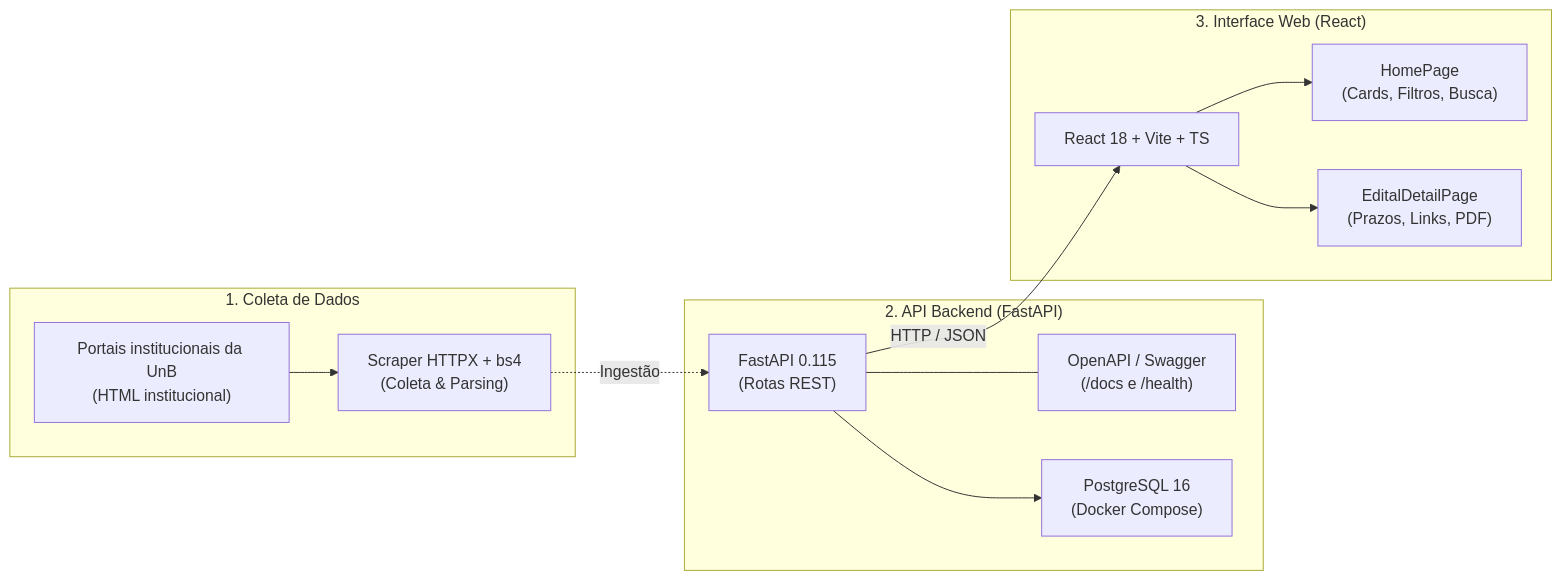
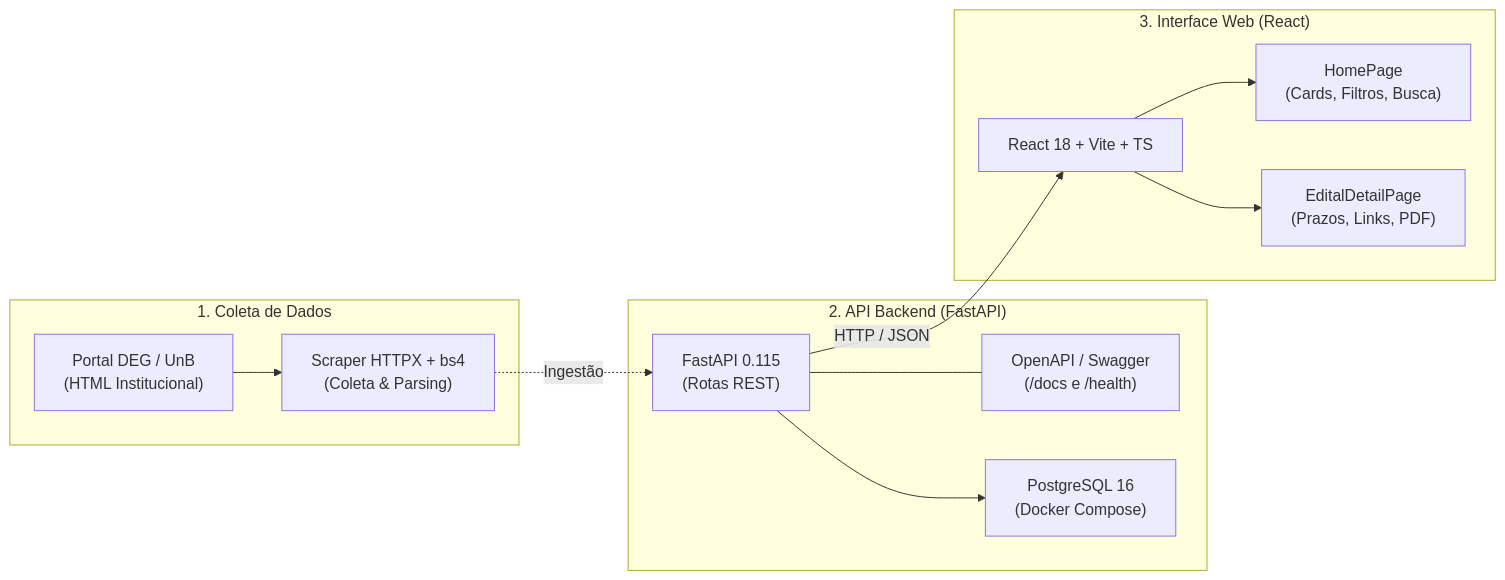
Before and after one commit to unb-mds/Fique-de-Olho: the diagram in docs/RealiseNotes/release-1.md, drawn with Mermaid. The commit also changed other lines of this file and 49 other files, not shown here.

````diff
--- a/docs/RealiseNotes/release-1.md
+++ b/docs/RealiseNotes/release-1.md
@@ -23,27 +23,27 @@
 ```mermaid
 flowchart LR
     subgraph Coleta["1. Coleta de Dados"]
-        UnB["Portais institucionais da UnB<br>(HTML institucional)"]
+        UnB["Portal DEG / UnB<br>(HTML Institucional)"]
         Scraper["Scraper HTTPX + bs4<br>(Coleta & Parsing)"]
         UnB --> Scraper
     end
 
     subgraph Backend["2. API Backend (FastAPI)"]
         API["FastAPI 0.115<br>(Rotas REST)"]
         Swagger["OpenAPI / Swagger<br>(/docs e /health)"]
         DB["PostgreSQL 16<br>(Docker Compose)"]
         Scraper -. Ingestão .-> API
         API --> DB
         API --- Swagger
     end
 
     subgraph Frontend["3. Interface Web (React)"]
         Vite["React 18 + Vite + TS"]
         Home["HomePage<br>(Cards, Filtros, Busca)"]
         Detail["EditalDetailPage<br>(Prazos, Links, PDF)"]
         Vite --> Home
         Vite --> Detail
     end
 
     API -->|HTTP / JSON| Vite
 ```
````
